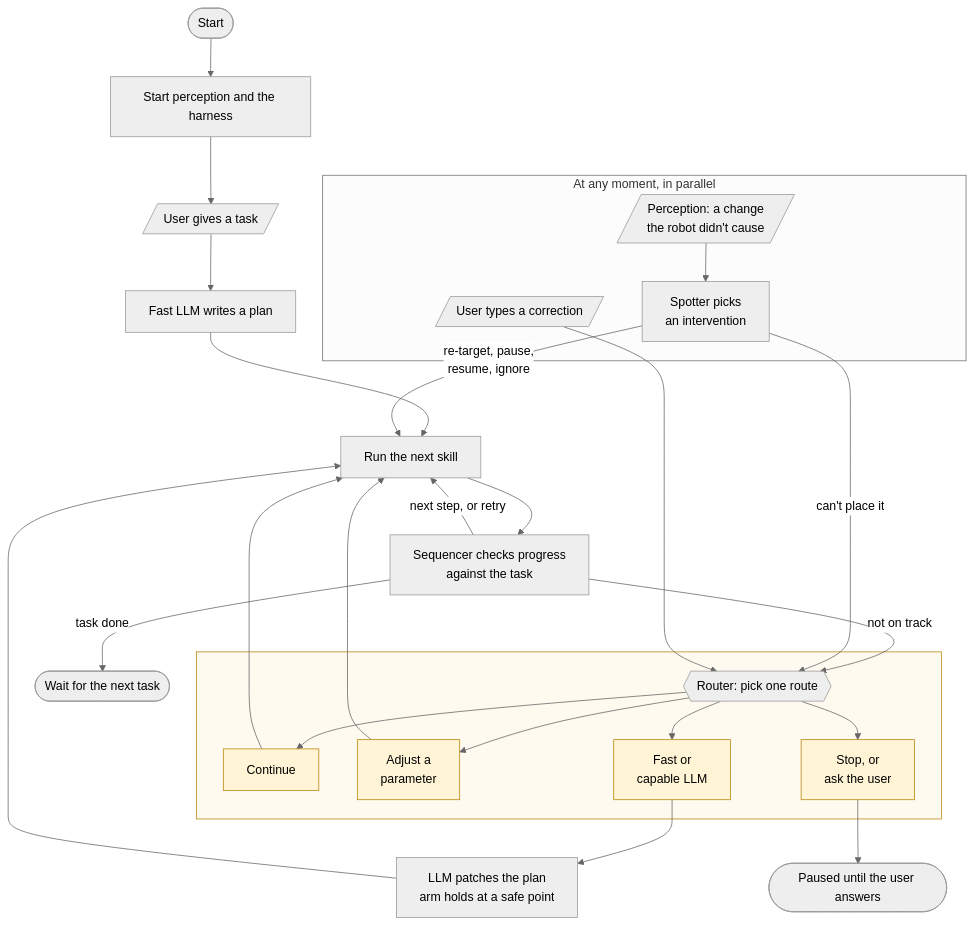
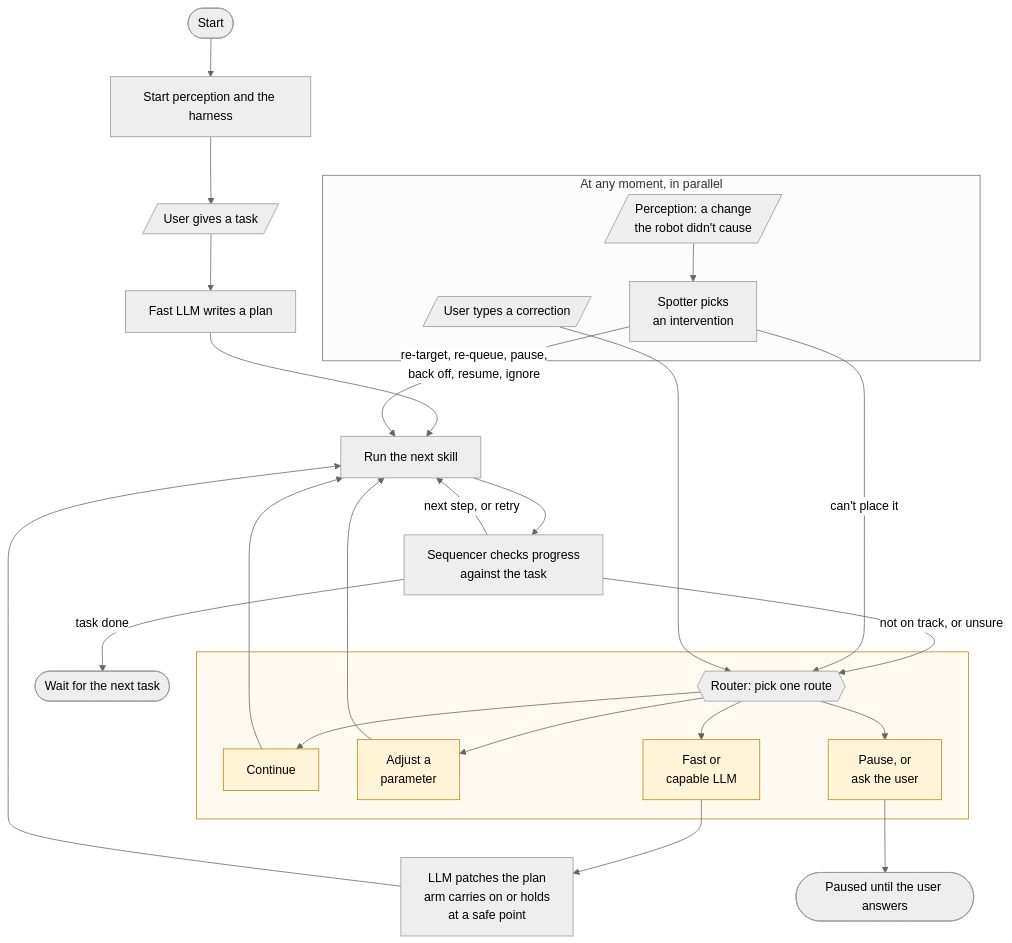
One commit to alee792/robojev changed the second of 7 diagrams in docs/v2-diagrams.md. Above: the diagram before and after it, drawn with Mermaid (neutral theme). The commit also changed other lines of this file and 1 other file, not shown here.

First line of the commit message:
v2 doc and diagrams: consistency pass (reverse-it slot fix, LLM wait wording, failures ask Sequencer and Router in one request, Router pauses rather than stops, typed stop in code, Spotter resume)

````diff
--- a/docs/v2-diagrams.md
+++ b/docs/v2-diagrams.md
@@ -53,36 +53,36 @@
 ```mermaid
 flowchart TB
     start([Start]) --> boot[Start perception and the harness]
     boot --> task[/User gives a task/]
     task --> plan[Fast LLM writes a plan]
     plan --> run[Run the next skill]
     run --> seq[Sequencer checks progress<br/>against the task]
     seq -- "next step, or retry" --> run
     seq -- "task done" --> done([Wait for the next task])
-    seq -- "not on track" --> r_in
+    seq -- "not on track, or unsure" --> r_in
 
     subgraph router [" "]
         r_in{{Router: pick one route}}
         r_in --> r_go[Continue]
         r_in --> r_adj[Adjust a<br/>parameter]
         r_in --> r_llm[Fast or<br/>capable LLM]
-        r_in --> r_stop[Stop, or<br/>ask the user]
+        r_in --> r_stop[Pause, or<br/>ask the user]
     end
     r_go --> run
     r_adj --> run
-    r_llm --> patch[LLM patches the plan<br/>arm holds at a safe point]
+    r_llm --> patch[LLM patches the plan<br/>arm carries on or holds<br/>at a safe point]
     patch --> run
     r_stop --> paused([Paused until the user answers])
 
     subgraph anytime [At any moment, in parallel]
         change[/Perception: a change<br/>the robot didn't cause/] --> spotter[Spotter picks<br/>an intervention]
         corr[/User types a correction/]
     end
-    spotter -- "re-target, pause,<br/>resume, ignore" --> run
+    spotter -- "re-target, re-queue, pause,<br/>back off, resume, ignore" --> run
     spotter -- "can't place it" --> r_in
     corr --> r_in
 
     classDef route fill:#fff4d6,stroke:#b8860b
     class r_go,r_adj,r_llm,r_stop route
     style router fill:#fffaf0,stroke:#b8860b
 ```
````
